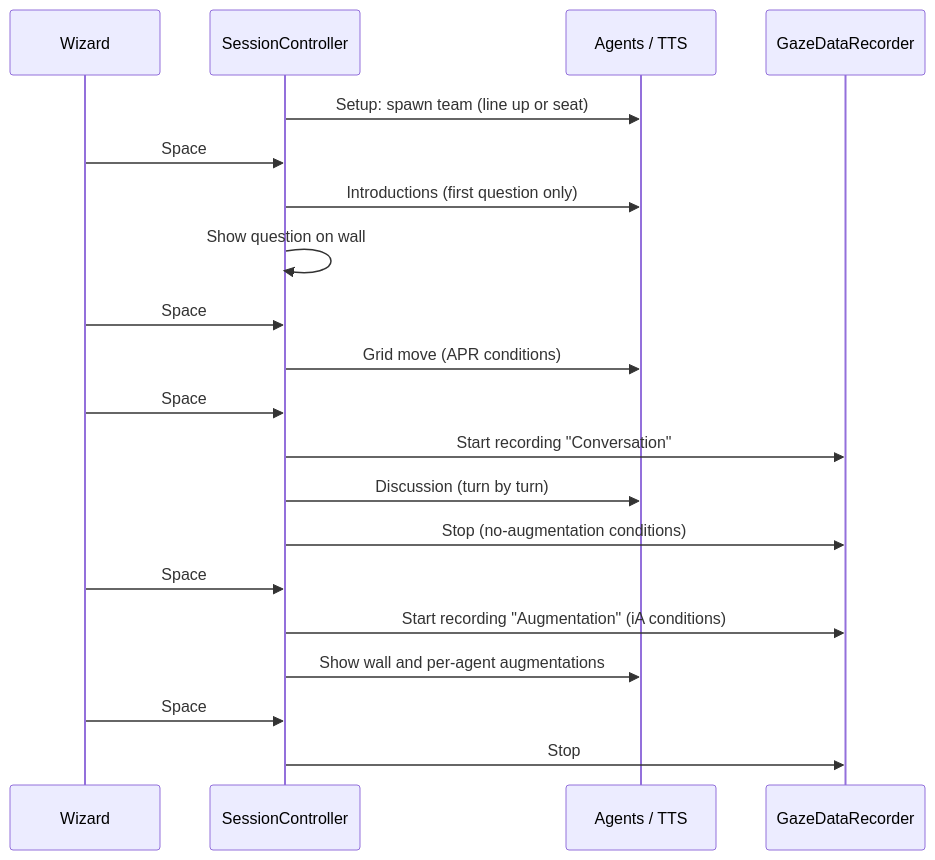
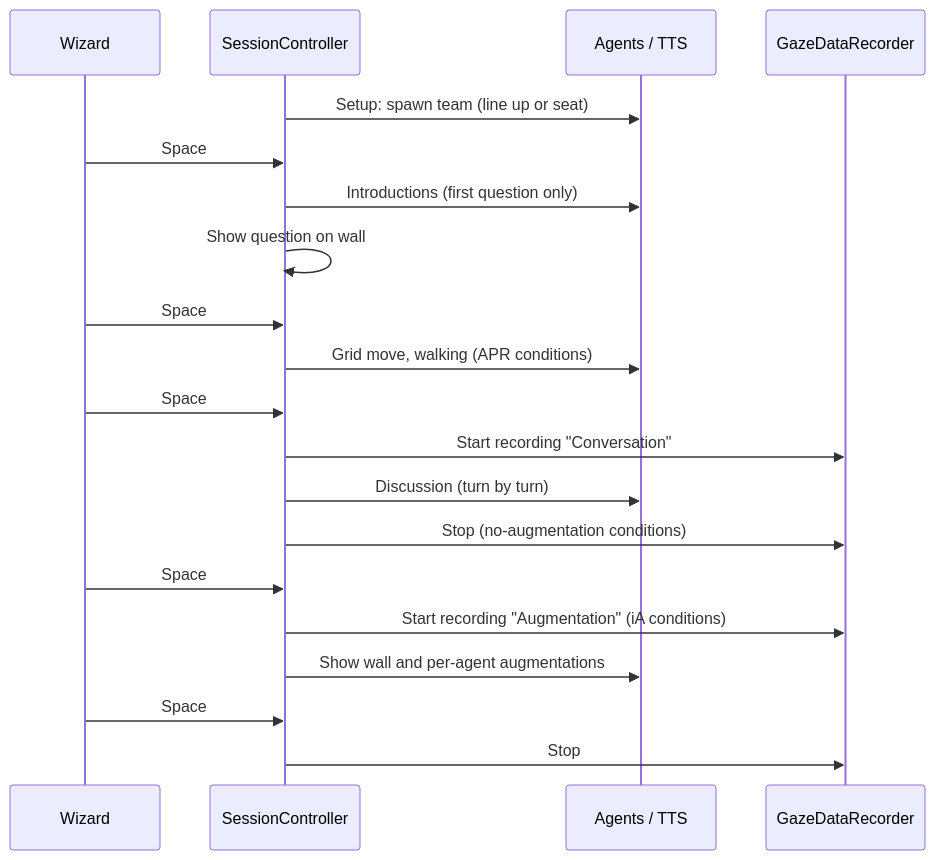
Before and after one commit to s91alimora/Intelligent-Social-AR: the second of 2 diagrams in docs/architecture.md, drawn with Mermaid. The commit also changed other lines of this file and 5 other files, not shown here.

Commit message:
Document training mode, the two-session flow and passthrough setup

````diff
--- a/docs/architecture.md
+++ b/docs/architecture.md
@@ -34,22 +55,22 @@
 ```mermaid
 sequenceDiagram
     participant W as Wizard
     participant S as SessionController
     participant A as Agents / TTS
     participant G as GazeDataRecorder
     S->>A: Setup: spawn team (line up or seat)
     W->>S: Space
     S->>A: Introductions (first question only)
     S->>S: Show question on wall
     W->>S: Space
-    S->>A: Grid move (APR conditions)
+    S->>A: Grid move, walking (APR conditions)
     W->>S: Space
     S->>G: Start recording "Conversation"
     S->>A: Discussion (turn by turn)
     S->>G: Stop (no-augmentation conditions)
     W->>S: Space
     S->>G: Start recording "Augmentation" (iA conditions)
     S->>A: Show wall and per-agent augmentations
     W->>S: Space
     S->>G: Stop
 ```
````
